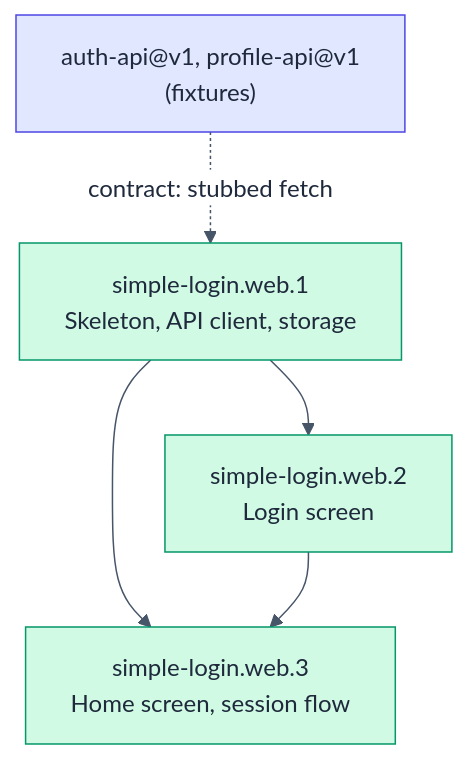
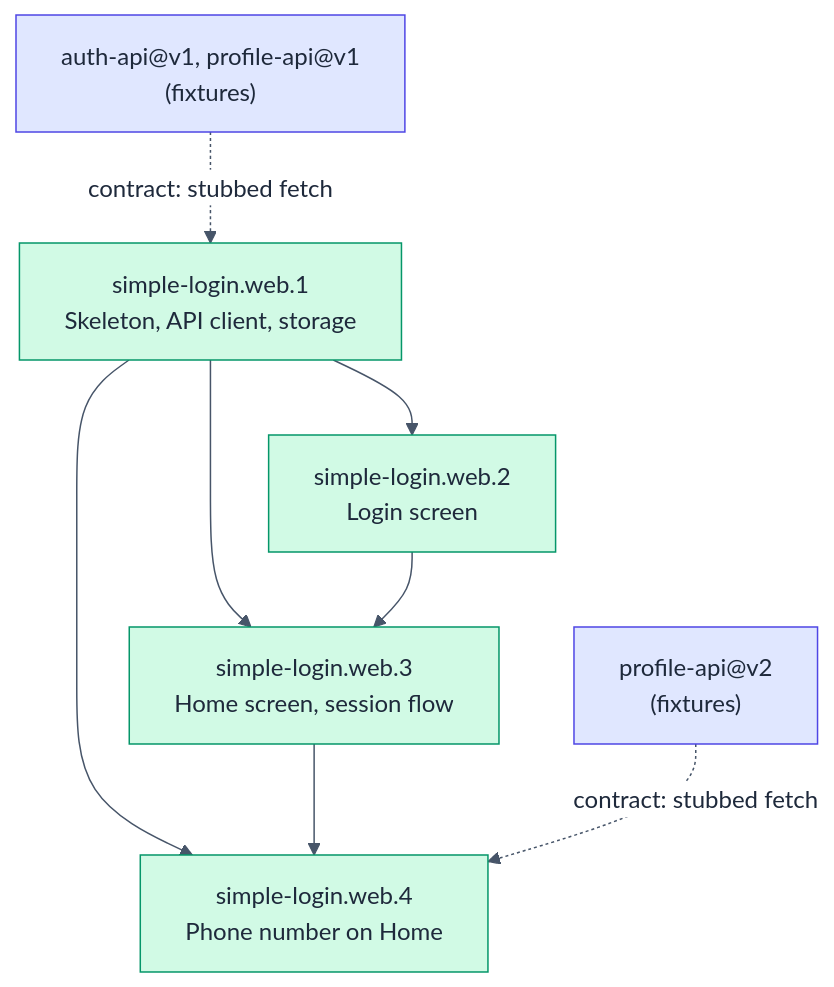
The diagram in docs/tutorial/simple-login-update/execute/hsdd/spec/simple-login.web.md (mpurbo/hsdd), drawn with Mermaid before and after one commit. The commit also changed other lines of this file and 3 other files, not shown here.

````diff
--- a/docs/tutorial/simple-login-update/execute/hsdd/spec/simple-login.web.md
+++ b/docs/tutorial/simple-login-update/execute/hsdd/spec/simple-login.web.md
@@ -100,18 +122,25 @@
 ```mermaid
 %%{init:{'theme':'base','themeVariables':{'primaryTextColor':'#1e293b','lineColor':'#475569','edgeLabelBackground':'#ffffff','tertiaryTextColor':'#1e293b'}}}%%
 flowchart TD
     W1["simple-login.web.1<br/>Skeleton, API client, storage"]
     W2["simple-login.web.2<br/>Login screen"]
     W3["simple-login.web.3<br/>Home screen, session flow"]
     C["auth-api@v1, profile-api@v1<br/>(fixtures)"]
+    W4["simple-login.web.4<br/>Phone number on Home"]
+    C2["profile-api@v2<br/>(fixtures)"]
 
     W1 --> W2
     W1 --> W3
     W2 --> W3
     C -. "contract: stubbed fetch" .-> W1
+    W1 --> W4
+    W3 --> W4
+    C2 -. "contract: stubbed fetch" .-> W4
 
     style W1 fill:#d1fae5,stroke:#059669,color:#1e293b
     style W2 fill:#d1fae5,stroke:#059669,color:#1e293b
     style W3 fill:#d1fae5,stroke:#059669,color:#1e293b
     style C fill:#e0e7ff,stroke:#4f46e5,color:#1e293b
+    style W4 fill:#d1fae5,stroke:#059669,color:#1e293b
+    style C2 fill:#e0e7ff,stroke:#4f46e5,color:#1e293b
 ```
````
